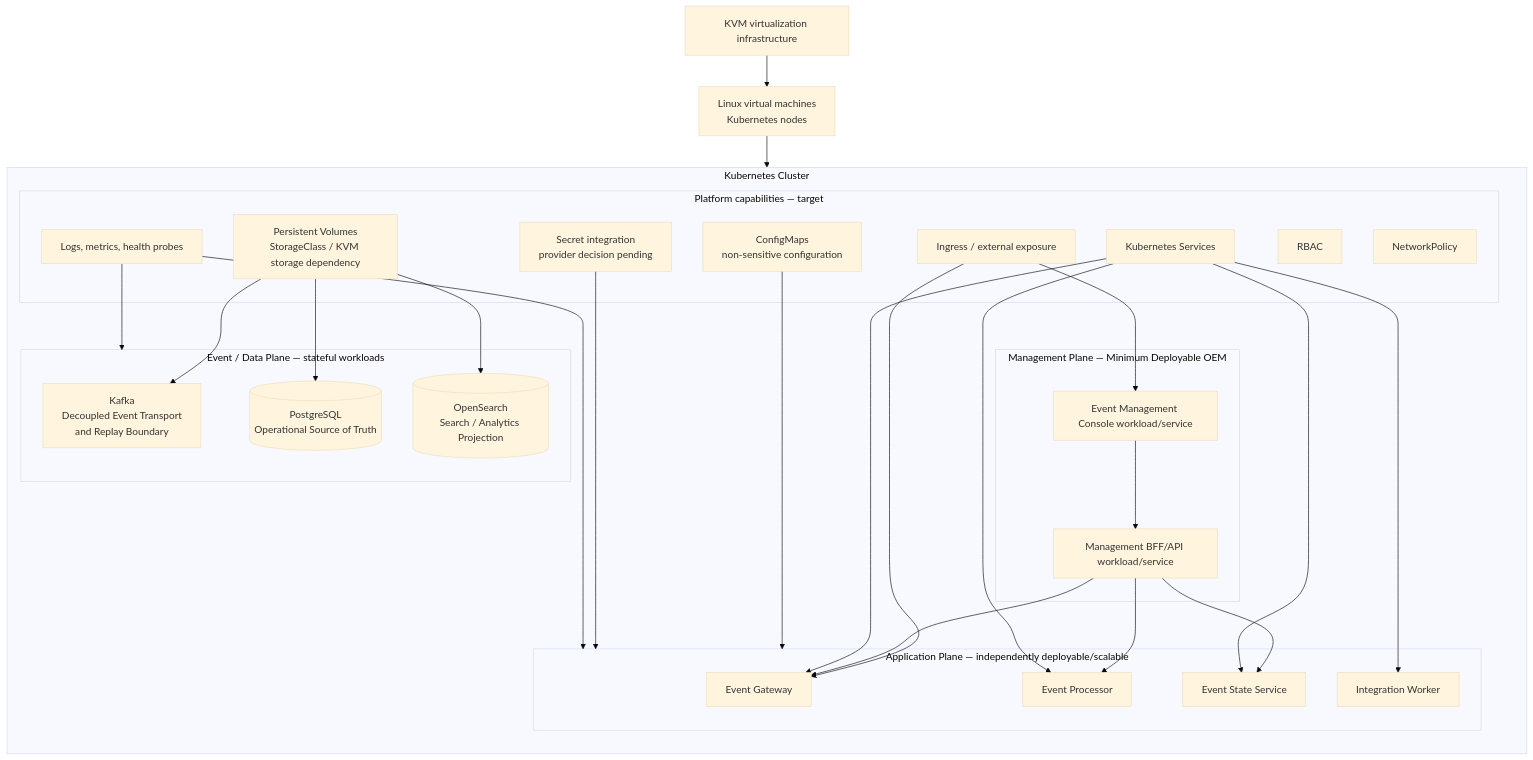
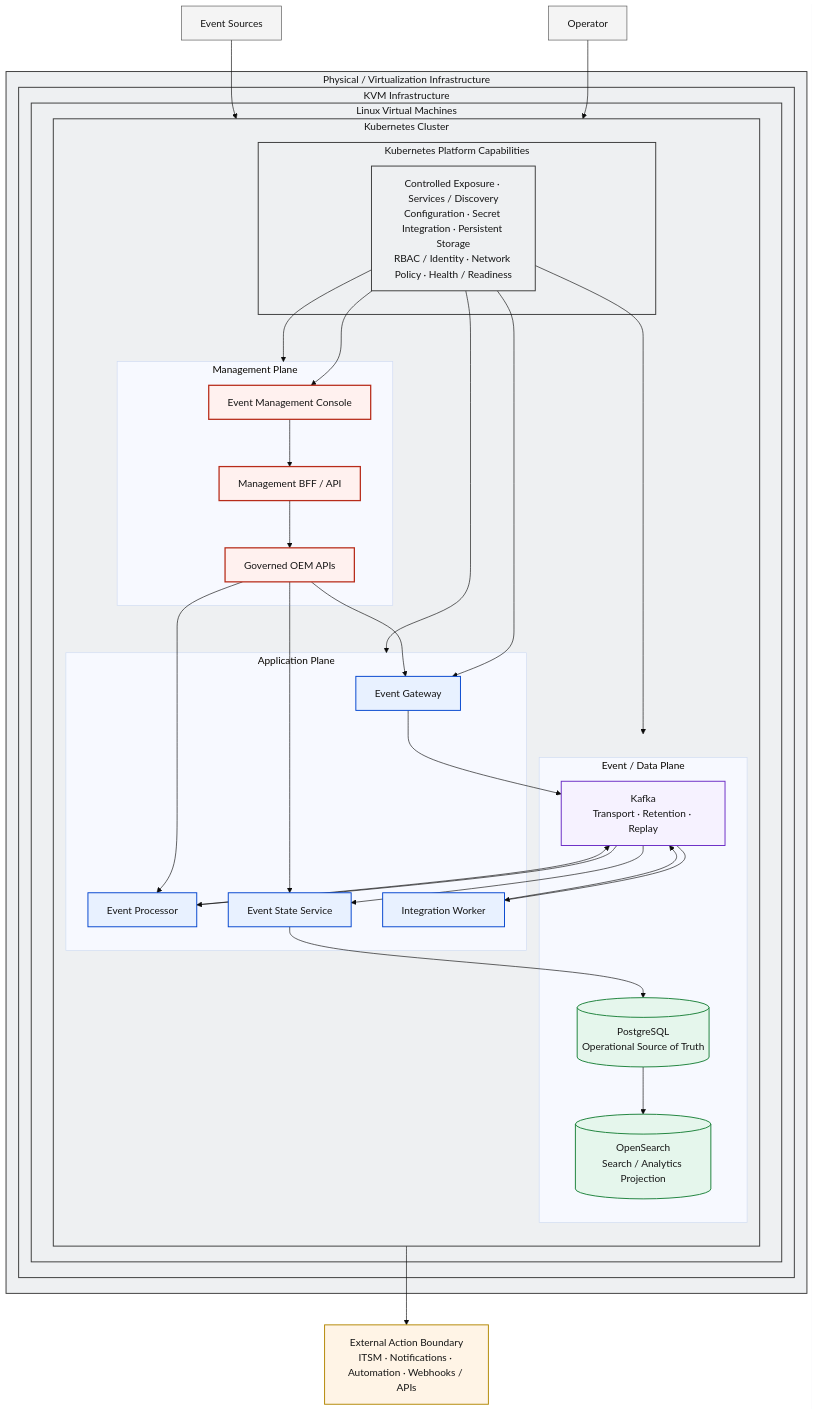
Before and after one commit to eventmgmtplatform/docs: the second of 3 diagrams in docs/architecture/d2-kvm-kubernetes-target.md, drawn with Mermaid (base theme). The commit also changed other lines of this file and 4 other files, not shown here.

Commit message:
docs(architecture): redesign D2 Kubernetes deployment architecture

````diff
--- a/docs/architecture/d2-kvm-kubernetes-target.md
+++ b/docs/architecture/d2-kvm-kubernetes-target.md
@@ -19,57 +101,70 @@
 ```mermaid
 flowchart TB
-  KVM[KVM virtualization infrastructure]
-  NODES[Linux virtual machines\nKubernetes nodes]
-  KVM --> NODES
+  SOURCES[Event Sources]
+  OPERATOR[Operator]
 
-  subgraph CLUSTER[Kubernetes Cluster]
-    direction TB
-    subgraph PLATFORM[Platform capabilities — target]
-      INGRESS[Ingress / external exposure]
-      SVC[Kubernetes Services]
-      CFG[ConfigMaps\nnon-sensitive configuration]
-      SECRET[Secret integration\nprovider decision pending]
-      PV[Persistent Volumes\nStorageClass / KVM storage dependency]
-      RBAC[RBAC]
-      NP[NetworkPolicy]
-      OBS[Logs, metrics, health probes]
-    end
+  subgraph VIRTUALIZATION[Physical / Virtualization Infrastructure]
+    subgraph KVM[KVM Infrastructure]
+      subgraph VMS[Linux Virtual Machines]
+        subgraph CLUSTER[Kubernetes Cluster]
+          direction TB
 
-    subgraph MGMT[Management Plane — Minimum Deployable OEM]
-      CONSOLE[Event Management Console workload/service]
-      BFF[Management BFF/API workload/service]
-      CONSOLE --> BFF
-    end
+          subgraph PLATFORM[Kubernetes Platform Capabilities]
+            CAPABILITIES[Controlled Exposure · Services / Discovery<br/>Configuration · Secret Integration · Persistent Storage<br/>RBAC / Identity · Network Policy · Health / Readiness]
+          end
 
-    subgraph APP[Application Plane — independently deployable/scalable]
-      GW[Event Gateway]
-      EP[Event Processor]
-      IW[Integration Worker]
-      ESS[Event State Service]
-    end
+          subgraph MANAGEMENT[Management Plane]
+            CONSOLE[Event Management Console]
+            BFF[Management BFF / API]
+            APIS[Governed OEM APIs]
+            CONSOLE --> BFF --> APIS
+          end
 
-    subgraph DATA[Event / Data Plane — stateful workloads]
-      K[Kafka\nDecoupled Event Transport\nand Replay Boundary]
-      PG[(PostgreSQL\nOperational Source of Truth)]
-      OS[(OpenSearch\nSearch / Analytics Projection)]
+          subgraph APPLICATION[Application Plane]
+            GATEWAY[Event Gateway]
+            PROCESSOR[Event Processor]
+            WORKER[Integration Worker]
+            ESS[Event State Service]
+          end
+
+          subgraph EVENTDATA[Event / Data Plane]
+            KAFKA[Kafka<br/>Transport · Retention · Replay]
+            POSTGRES[(PostgreSQL<br/>Operational Source of Truth)]
+            OPENSEARCH[(OpenSearch<br/>Search / Analytics Projection)]
+          end
+        end
+      end
     end
   end
 
-  NODES --> CLUSTER
-  INGRESS --> CONSOLE
-  INGRESS --> GW
-  BFF --> GW
-  BFF --> EP
-  BFF --> ESS
-  SVC --> GW
-  SVC --> EP
-  SVC --> IW
-  SVC --> ESS
-  CFG --> APP
-  SECRET --> APP
-  PV --> K
-  PV --> PG
-  PV --> OS
-  OBS --> APP
-  OBS --> DATA
+  ACTIONS[External Action Boundary<br/>ITSM · Notifications · Automation · Webhooks / APIs]
+
+  SOURCES --> CAPABILITIES --> GATEWAY
+  OPERATOR --> CAPABILITIES --> CONSOLE
+  CAPABILITIES --> MANAGEMENT
+  CAPABILITIES --> APPLICATION
+  CAPABILITIES --> EVENTDATA
+  APIS --> GATEWAY
+  APIS --> PROCESSOR
+  APIS --> ESS
+  GATEWAY --> KAFKA --> PROCESSOR
+  PROCESSOR --> KAFKA --> WORKER
+  WORKER --> ACTIONS
+  WORKER --> KAFKA --> ESS --> POSTGRES --> OPENSEARCH
+
+  classDef external fill:#f4f4f4,stroke:#525252,color:#161616,stroke-width:1px;
+  classDef management fill:#fff1ef,stroke:#b72c1a,color:#161616,stroke-width:2px;
+  classDef application fill:#e8f1ff,stroke:#0043ce,color:#161616,stroke-width:1.5px;
+  classDef messaging fill:#f6f2ff,stroke:#6929c4,color:#161616,stroke-width:1.5px;
+  classDef data fill:#e5f6ec,stroke:#198038,color:#161616,stroke-width:1.5px;
+  classDef integration fill:#fff4e6,stroke:#b28600,color:#161616,stroke-width:1.5px;
+  classDef infrastructure fill:#eef0f2,stroke:#393939,color:#161616,stroke-width:1.5px;
+
+  class SOURCES,OPERATOR external;
+  class CONSOLE,BFF,APIS management;
+  class GATEWAY,PROCESSOR,WORKER,ESS application;
+  class KAFKA messaging;
+  class POSTGRES,OPENSEARCH data;
+  class ACTIONS integration;
+  class VIRTUALIZATION,KVM,VMS,CLUSTER,PLATFORM,CAPABILITIES infrastructure;
 ```
````
